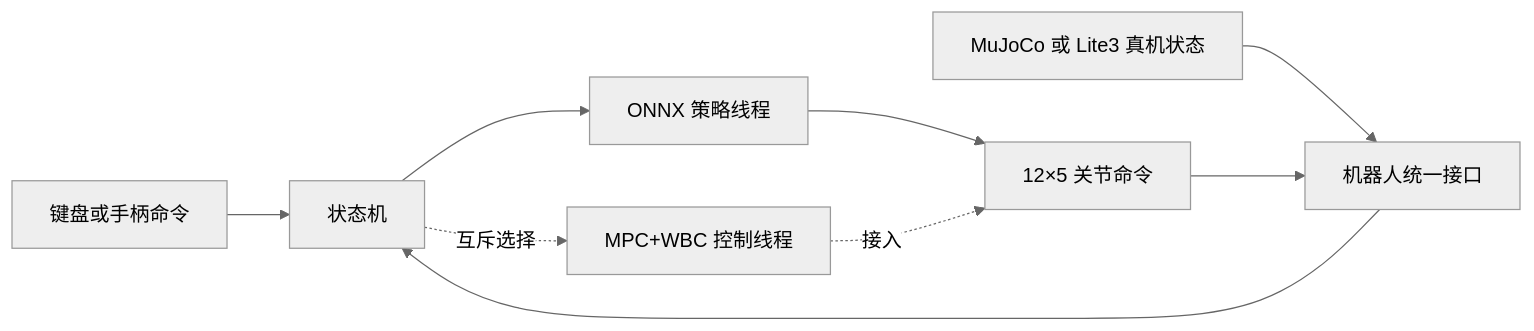
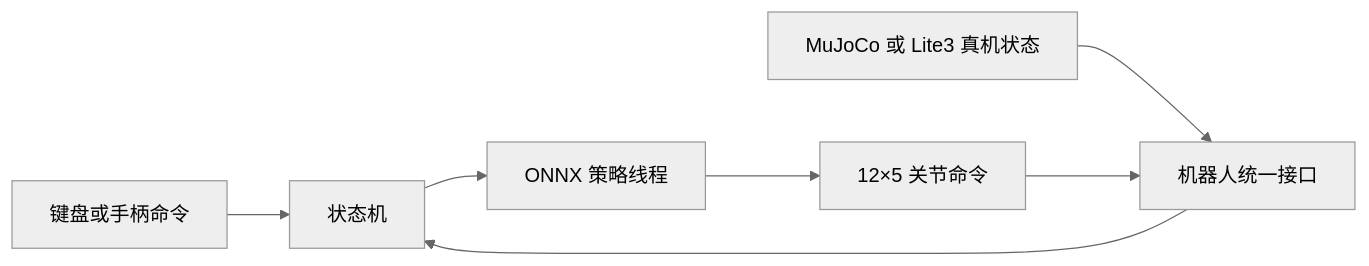
Before and after one commit to yingjian-peng/Lite3_MPC-WBC_project: the diagram in README.md, drawn with Mermaid (neutral theme). The commit also changed other lines of this file and 83 other files, not shown here.

````diff
--- a/README.md
+++ b/README.md
@@ -15,11 +15,9 @@
 ```mermaid
 flowchart LR
     A[键盘或手柄命令] --> B[状态机]
     C[MuJoCo 或 Lite3 真机状态] --> D[机器人统一接口]
     D --> B
     B --> E[ONNX 策略线程]
-    B -. 互斥选择 .-> F[MPC+WBC 控制线程]
     E --> G[12×5 关节命令]
-    F -. 接入 .-> G
     G --> D
 ```
````
